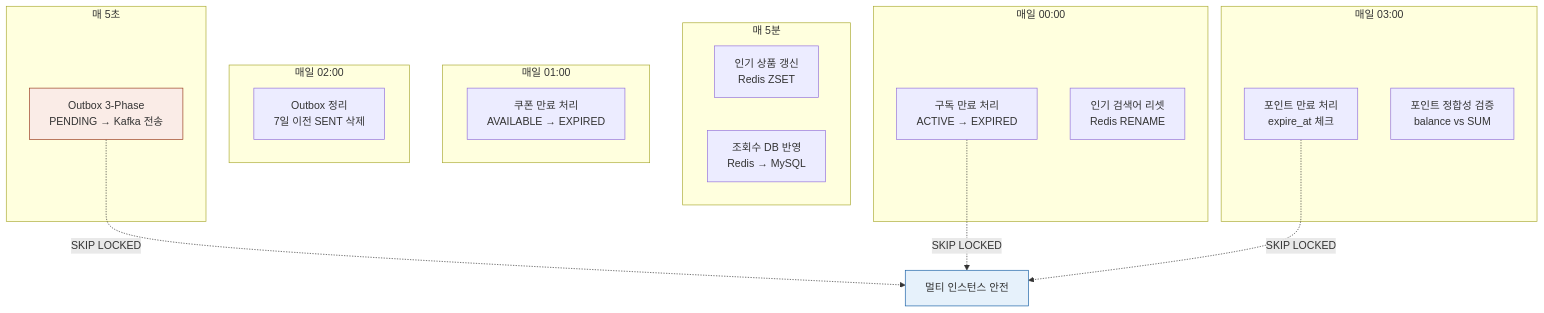
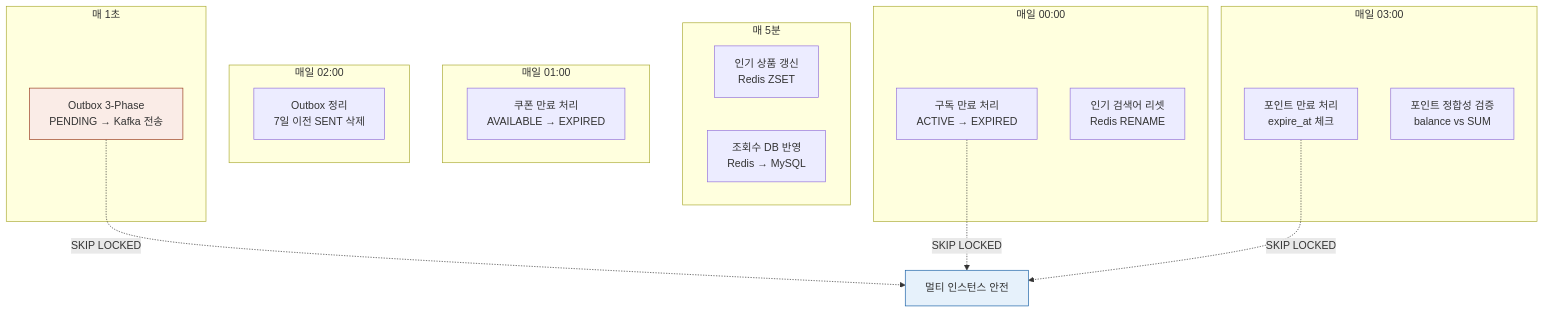
Before and after one commit to one-stop-project/one-stop-project-docs: diagram 19 of 21 in documents/business-flow/BusinessFlow.md, drawn with Mermaid. The commit also changed other lines of this file and 6 other files, not shown here.

Commit message:
공통 문서(엔티티 관계도·에러코드·플로우·시퀀스) 코드 정합화 및 에러코드 레퍼런스 신설

````diff
--- a/documents/business-flow/BusinessFlow.md
+++ b/documents/business-flow/BusinessFlow.md
@@ -829,38 +829,38 @@
 ```Mermaid
 
 flowchart TD
-    subgraph "매 5초"
+    subgraph "매 1초"
         S1["Outbox 3-Phase<br/>PENDING → Kafka 전송"]
     end
 
     subgraph "매 5분"
         S2["인기 상품 갱신<br/>Redis ZSET"]
         S3["조회수 DB 반영<br/>Redis → MySQL"]
     end
 
     subgraph "매일 00:00"
         S4["구독 만료 처리<br/>ACTIVE → EXPIRED"]
         S5["인기 검색어 리셋<br/>Redis RENAME"]
     end
 
     subgraph "매일 01:00"
         S6["쿠폰 만료 처리<br/>AVAILABLE → EXPIRED"]
     end
 
     subgraph "매일 02:00"
         S7["Outbox 정리<br/>7일 이전 SENT 삭제"]
     end
 
     subgraph "매일 03:00"
         S8["포인트 만료 처리<br/>expire_at 체크"]
         S9["포인트 정합성 검증<br/>balance vs SUM"]
     end
 
     S1 -.->|SKIP LOCKED| S10["멀티 인스턴스 안전"]
     S4 -.->|SKIP LOCKED| S10
     S8 -.->|SKIP LOCKED| S10
 
     style S1 fill:#FAECE7,stroke:#993C1D
     style S10 fill:#E6F1FB,stroke:#185FA5
 
 ```
````
